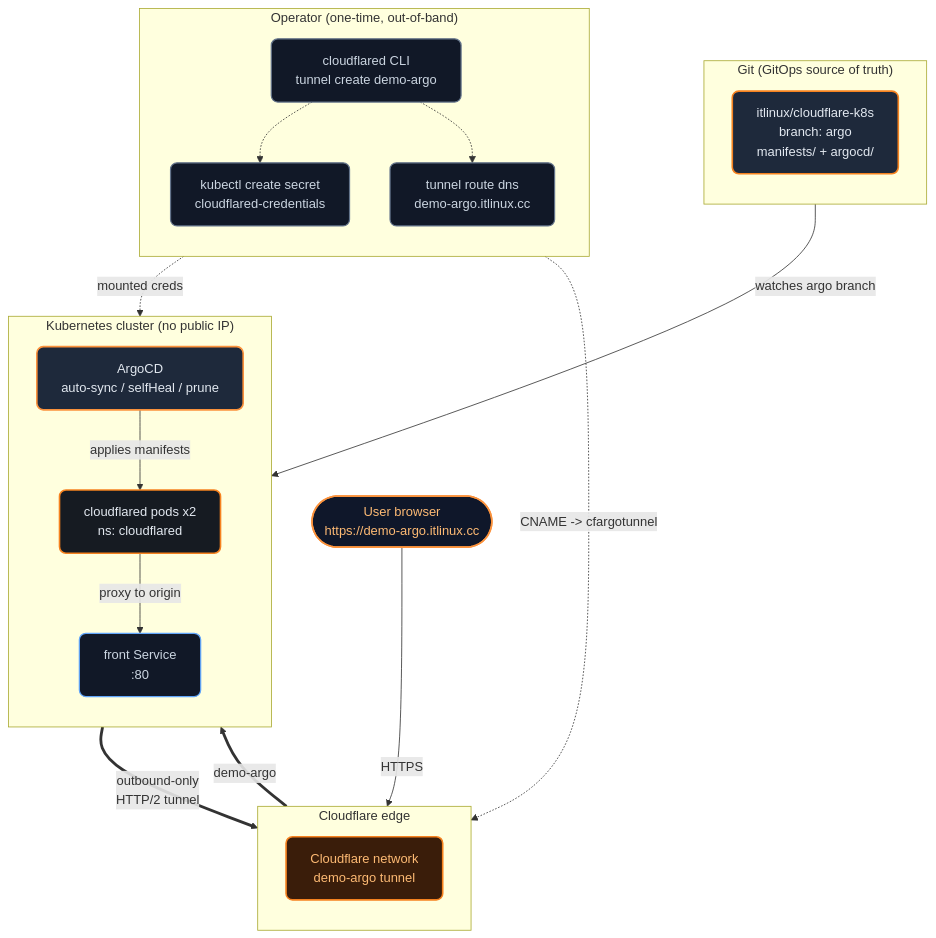
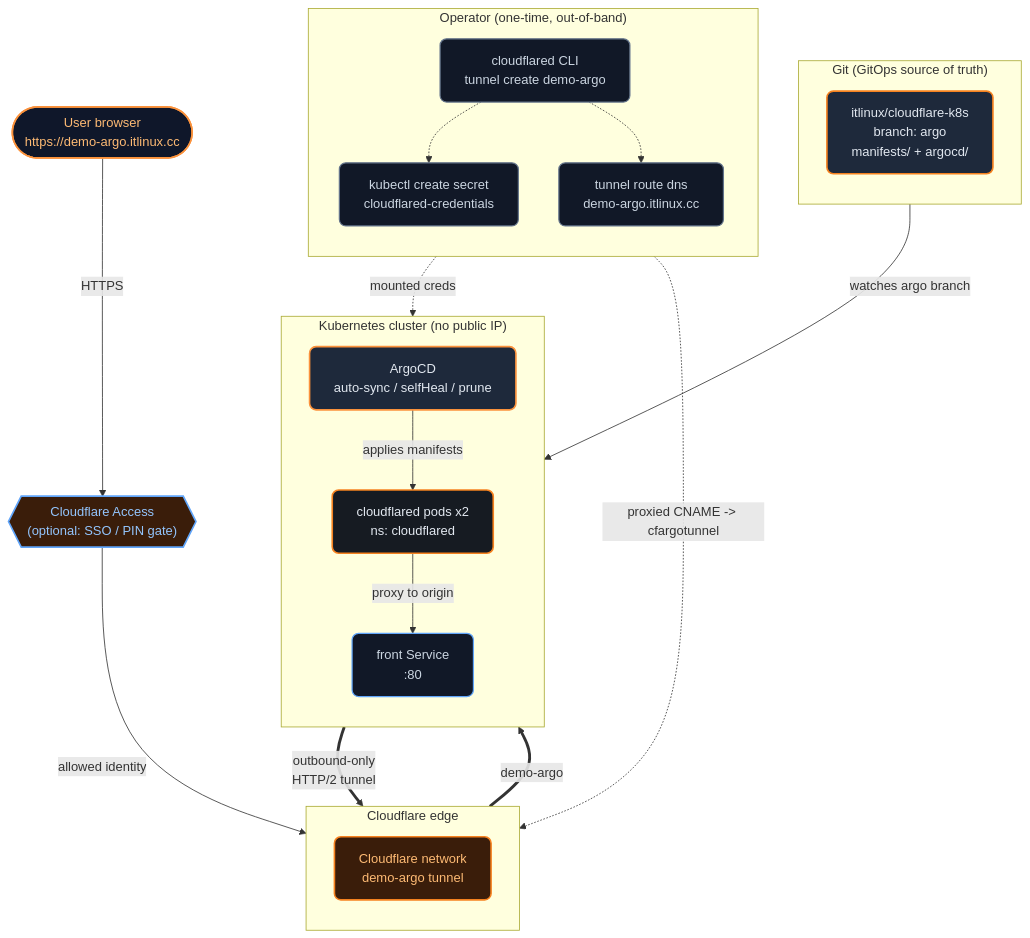
One commit to itlinux/cloudflare-k8s changed the diagram in docs/architecture.mmd. Above: the diagram before and after it, drawn with Mermaid. The commit also changed 4 other files, not shown here.

First line of the commit message:
docs: add DNS routing + Access (auth vs open) section

```diff
--- a/docs/architecture.mmd
+++ b/docs/architecture.mmd
@@ -1,45 +1,48 @@
 flowchart TB
     subgraph GIT["Git (GitOps source of truth)"]
         direction TB
         REPO["itlinux/cloudflare-k8s<br/>branch: argo<br/>manifests/ + argocd/"]:::git
     end
 
     subgraph DEV["Operator (one-time, out-of-band)"]
         direction TB
         CLI["cloudflared CLI<br/>tunnel create demo-argo"]:::dev
         SEC["kubectl create secret<br/>cloudflared-credentials"]:::dev
         DNS["tunnel route dns<br/>demo-argo.itlinux.cc"]:::dev
     end
 
     subgraph CF["Cloudflare edge"]
         direction TB
         EDGE["Cloudflare network<br/>demo-argo tunnel"]:::cf
     end
 
     subgraph K8S["Kubernetes cluster (no public IP)"]
         direction TB
         ARGO["ArgoCD<br/>auto-sync / selfHeal / prune"]:::argo
         CFD["cloudflared pods x2<br/>ns: cloudflared"]:::pod
         SVC["front Service<br/>:80"]:::svc
     end
 
     USER(["User browser<br/>https://demo-argo.itlinux.cc"]):::user
+    ACCESS{{"Cloudflare Access<br/>(optional: SSO / PIN gate)"}}:::access
 
     REPO -->|"watches argo branch"| ARGO
     ARGO -->|"applies manifests"| CFD
     SEC -.->|"mounted creds"| CFD
     CLI -.-> SEC
     CLI -.-> DNS
-    DNS -.->|"CNAME -> cfargotunnel"| EDGE
+    DNS -.->|"proxied CNAME -> cfargotunnel"| EDGE
     CFD ==>|"outbound-only<br/>HTTP/2 tunnel"| EDGE
-    USER -->|"HTTPS"| EDGE
+    USER -->|"HTTPS"| ACCESS
+    ACCESS -->|"allowed identity"| EDGE
     EDGE ==>|"demo-argo"| CFD
     CFD -->|"proxy to origin"| SVC
 
     classDef git fill:#1e293b,stroke:#f6821f,stroke-width:2px,color:#e2e8f0,rx:8,ry:8;
     classDef dev fill:#111827,stroke:#64748b,stroke-width:1.5px,color:#cbd5e1,rx:8,ry:8;
     classDef cf fill:#3a1d0a,stroke:#f6821f,stroke-width:2px,color:#fdba74,rx:8,ry:8;
     classDef argo fill:#1e293b,stroke:#fb923c,stroke-width:2px,color:#e2e8f0,rx:8,ry:8;
     classDef pod fill:#161b22,stroke:#f6821f,stroke-width:2px,color:#e2e8f0,rx:8,ry:8;
     classDef svc fill:#111827,stroke:#60a5fa,stroke-width:1.5px,color:#cbd5e1,rx:8,ry:8;
     classDef user fill:#0f172a,stroke:#fb923c,stroke-width:2px,color:#fdba74;
+    classDef access fill:#3a1d0a,stroke:#60a5fa,stroke-width:2px,color:#93c5fd;
```
